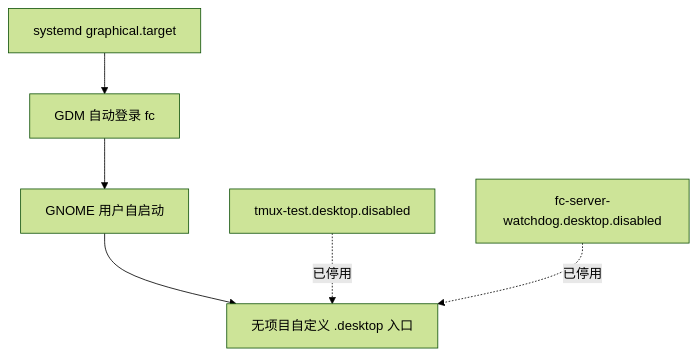
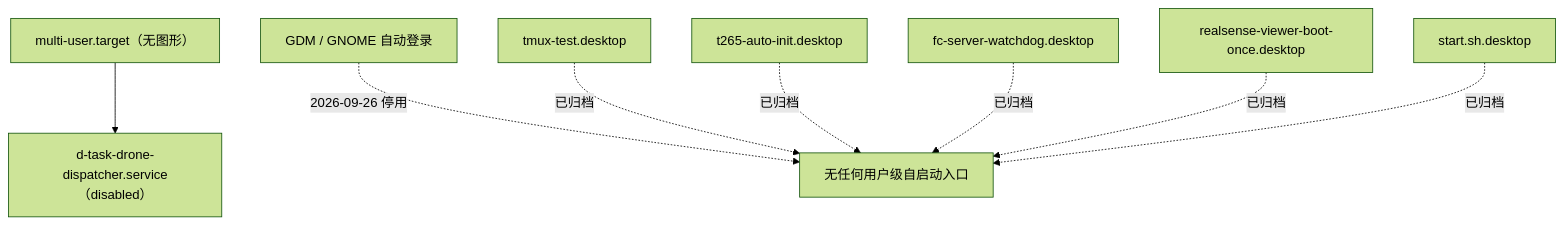
One commit to Cooper3516833584/DDDDDDRONE changed the diagram in FC_AUTOSTART_INVENTORY.md. Above: the diagram before and after it, drawn with Mermaid (forest theme). The commit also changed other lines of this file and 4 other files, not shown here.

````diff
--- a/FC_AUTOSTART_INVENTORY.md
+++ b/FC_AUTOSTART_INVENTORY.md
@@ -21,8 +28,10 @@
 ```mermaid
 flowchart TD
-    A["systemd graphical.target"] --> B["GDM 自动登录 fc"]
-    B --> C["GNOME 用户自启动"]
-    C --> D["无项目自定义 .desktop 入口"]
-    E["tmux-test.desktop.disabled"] -. "已停用" .-> D
-    F["fc-server-watchdog.desktop.disabled"] -. "已停用" .-> D
+    A["multi-user.target（无图形）"] --> B["d-task-drone-dispatcher.service（disabled）"]
+    C["GDM / GNOME 自动登录"] -. "2026-09-26 停用" .-> D["无任何用户级自启动入口"]
+    E["tmux-test.desktop"] -. "已归档" .-> D
+    F["t265-auto-init.desktop"] -. "已归档" .-> D
+    G["fc-server-watchdog.desktop"] -. "已归档" .-> D
+    H["realsense-viewer-boot-once.desktop"] -. "已归档" .-> D
+    I["start.sh.desktop"] -. "已归档" .-> D
 ```
````
